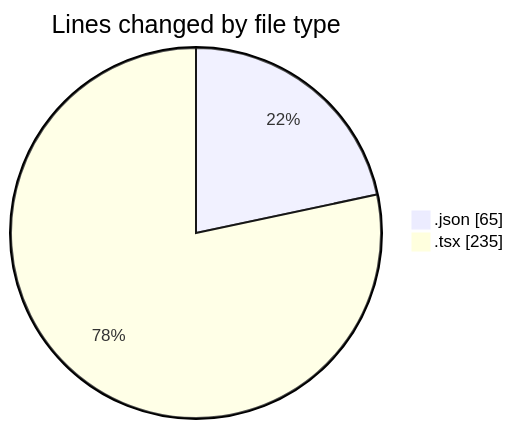
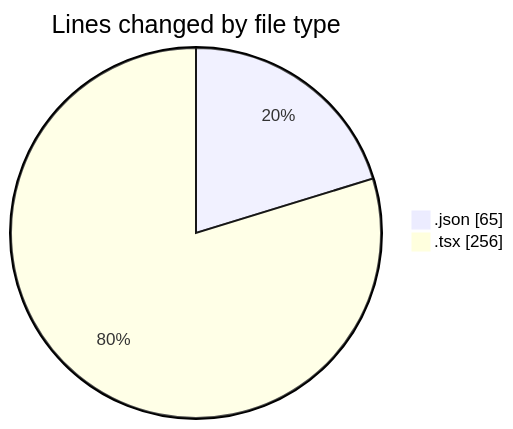
The first of 2 diagrams in 2026-03-24/cda/README.md (momahboobian/code-tracking), drawn with Mermaid before and after one commit. The commit also changed other lines of this file and 1 other file, not shown here.

````diff
--- a/2026-03-24/cda/README.md
+++ b/2026-03-24/cda/README.md
@@ -22,6 +22,6 @@
 ```mermaid
 pie showData
 title Lines changed by file type
 ".json" : 65
-".tsx" : 235
+".tsx" : 256
 ```
````
